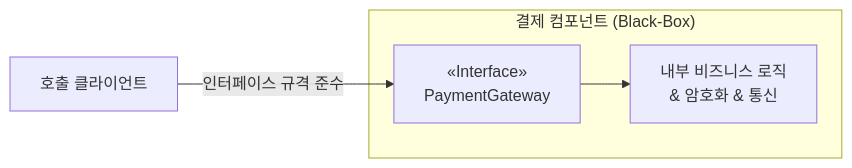
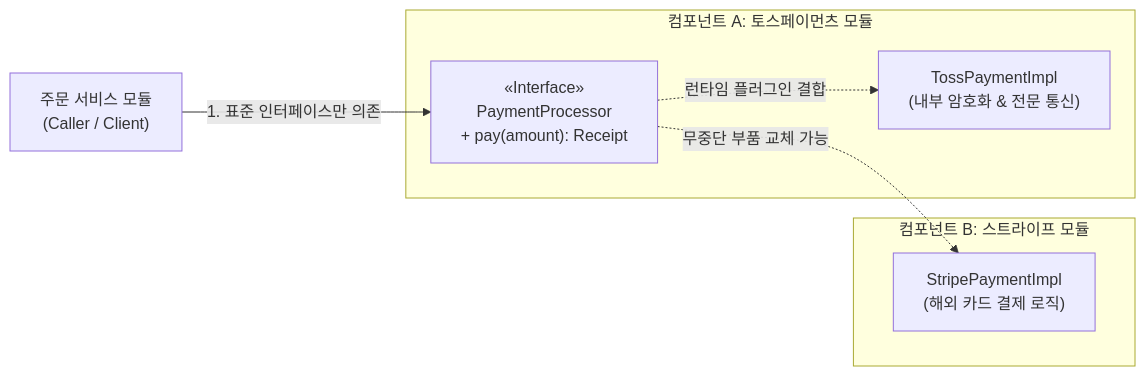
Before and after one commit to keimania/tech-notes: the third of 11 diagrams in 05_소프트웨어_공학.md, drawn with Mermaid. The commit also changed other lines of this file and 12 other files, not shown here.

````diff
--- a/05_소프트웨어_공학.md
+++ b/05_소프트웨어_공학.md
@@ -163,7 +204,12 @@
 ```mermaid
 flowchart LR
-    Client["호출 클라이언트"] -->|인터페이스 규격 준수| Interface["«Interface»\nPaymentGateway"]
-    subgraph Component ["결제 컴포넌트 (Black-Box)"]
-        Interface --> Impl["내부 비즈니스 로직\n& 암호화 & 통신"]
+    Client["주문 서비스 모듈\n(Caller / Client)"] -->|1. 표준 인터페이스만 의존| Port["«Interface»\nPaymentProcessor\n+ pay(amount): Receipt"]
+    
+    subgraph CompA ["컴포넌트 A: 토스페이먼츠 모듈"]
+        Port -.->|런타임 플러그인 결합| ImplA["TossPaymentImpl\n(내부 암호화 & 전문 통신)"]
+    end
+    
+    subgraph CompB ["컴포넌트 B: 스트라이프 모듈"]
+        Port -.->|무중단 부품 교체 가능| ImplB["StripePaymentImpl\n(해외 카드 결제 로직)"]
     end
 ```
````
